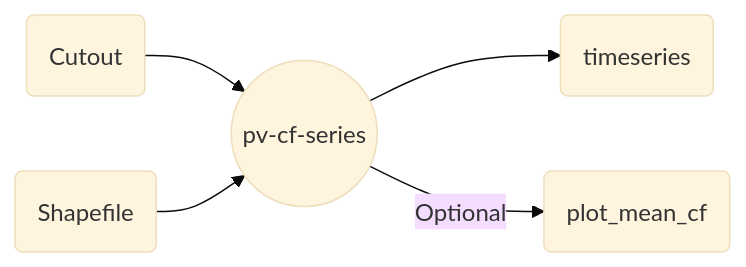
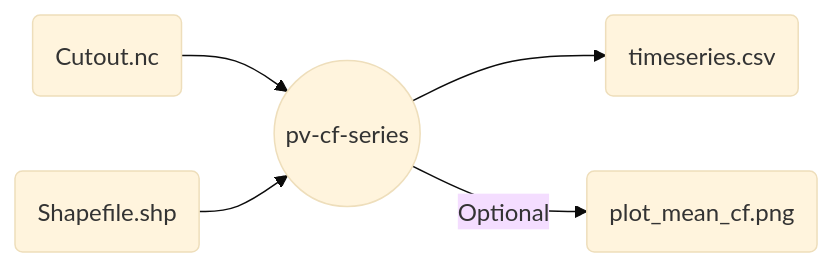
Before and after one commit to calliope-project/ec_modules: the diagram in wrappers/atlite/pv-cf-series/README.md, drawn with Mermaid (base theme).

````diff
--- a/wrappers/atlite/pv-cf-series/README.md
+++ b/wrappers/atlite/pv-cf-series/README.md
@@ -6,7 +6,7 @@
 ```mermaid
 flowchart LR
-    I1(Cutout) -->W((pv-cf-series))
-    I2(Shapefile) --> W
-    W --> O1(timeseries)
-    W -->|Optional|O2(plot_mean_cf)
+    I1(Cutout.nc) -->W((pv-cf-series))
+    I2(Shapefile.shp) --> W
+    W --> O1(timeseries.csv)
+    W -->|Optional|O2(plot_mean_cf.png)
 ```
````
